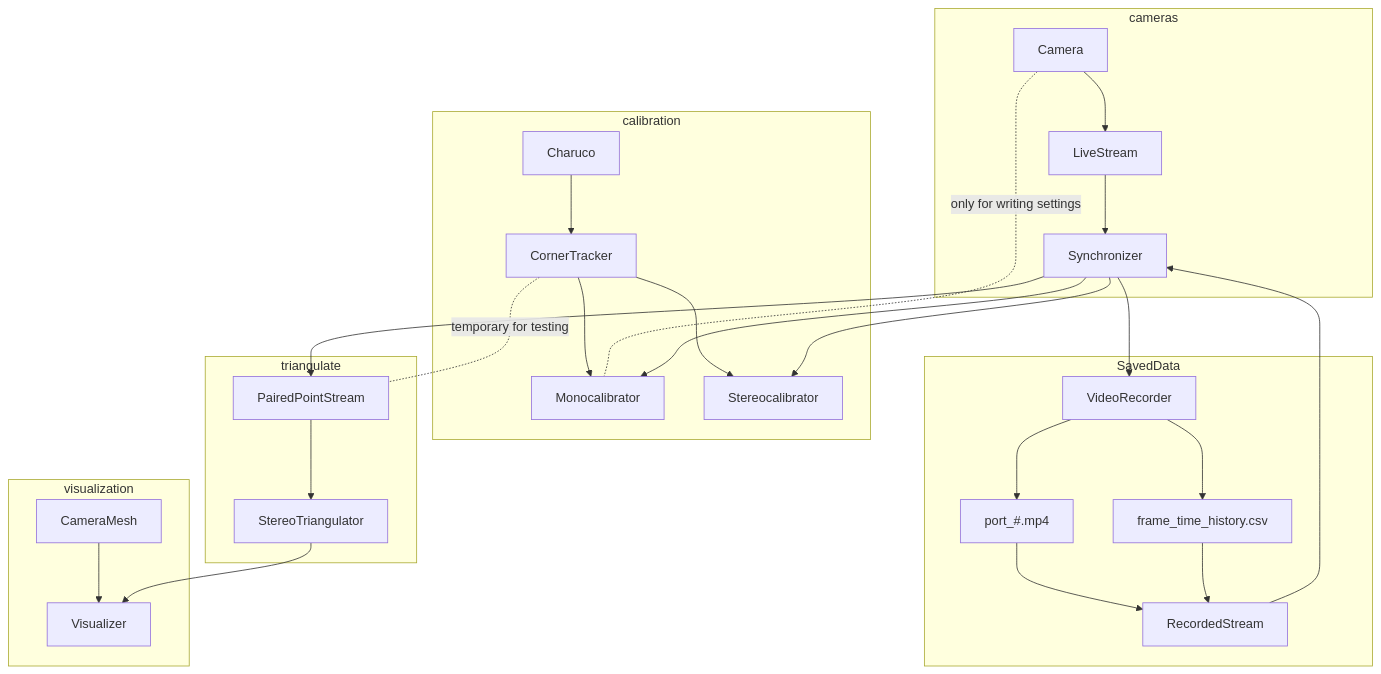
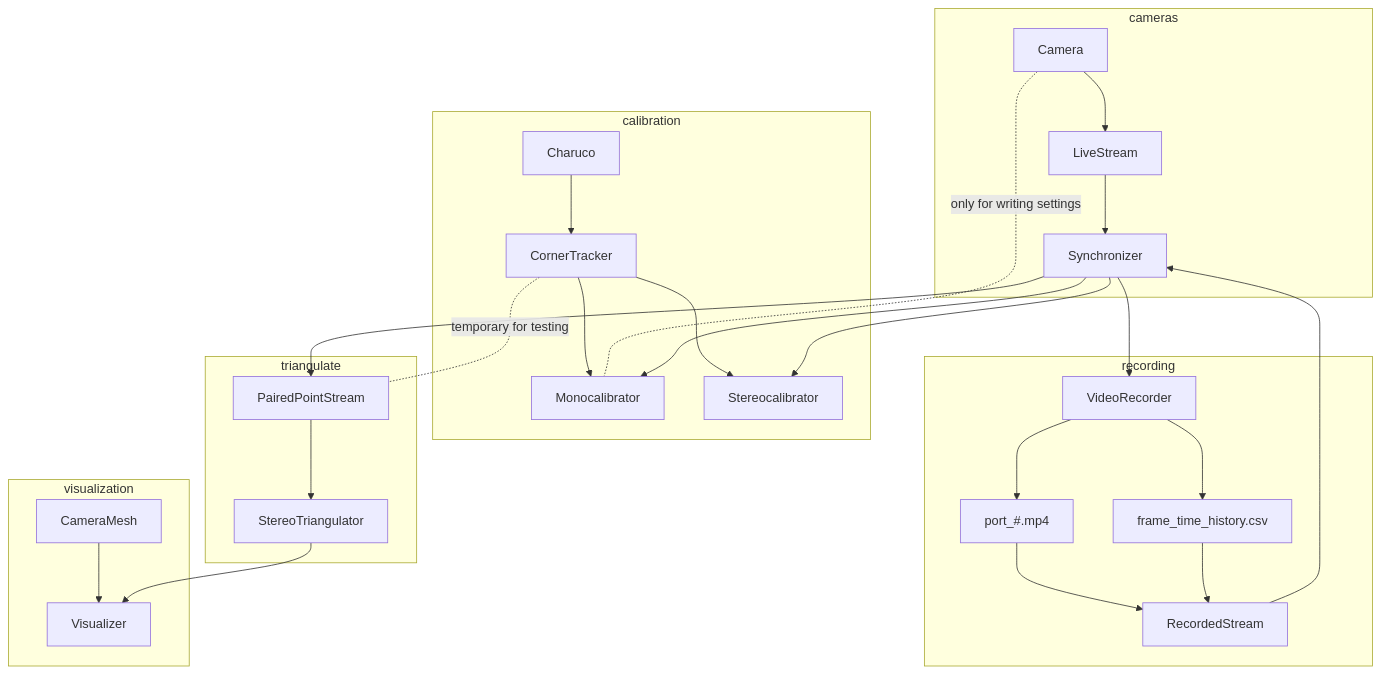
The diagram in README.md (mprib/caliscope), drawn with Mermaid before and after one commit. The commit also changed other lines of this file, not shown here.

````diff
--- a/README.md
+++ b/README.md
@@ -27,41 +36,41 @@
 ```mermaid
 graph
 
 subgraph calibration
 Charuco --> CornerTracker
 CornerTracker --> Monocalibrator
 CornerTracker --> Stereocalibrator
 end
 
 subgraph cameras
 Camera -.only for writing settings.- Monocalibrator
 Camera --> LiveStream
 LiveStream --> Synchronizer
 Synchronizer --> Monocalibrator
 Synchronizer --> Stereocalibrator
 end
 
 Synchronizer --> PairedPointStream 
 
-subgraph SavedData
+subgraph recording
 Synchronizer --> VideoRecorder
 VideoRecorder --> port_#.mp4
 VideoRecorder --> frame_time_history.csv
 
 port_#.mp4 --> RecordedStream
 frame_time_history.csv --> RecordedStream
 RecordedStream --> Synchronizer
 end
 
 CornerTracker -.temporary for testing .- PairedPointStream
 
 subgraph triangulate
 PairedPointStream -->StereoTriangulator
 end
 
 subgraph visualization
 CameraMesh --> Visualizer
 StereoTriangulator --> Visualizer
 end
 
 ```
````
